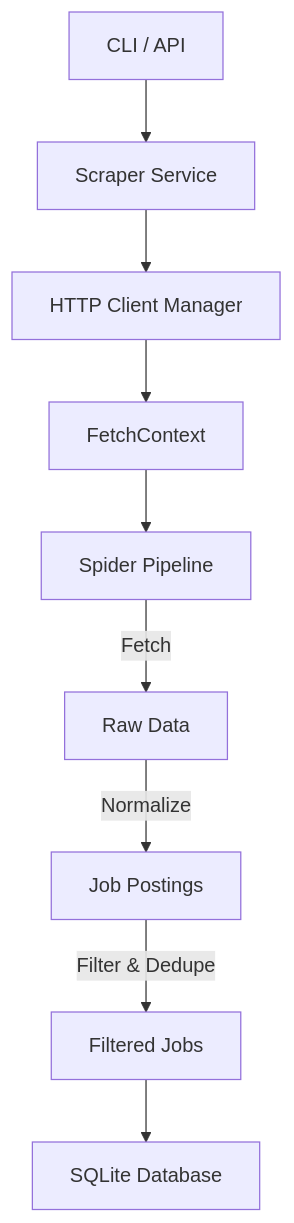
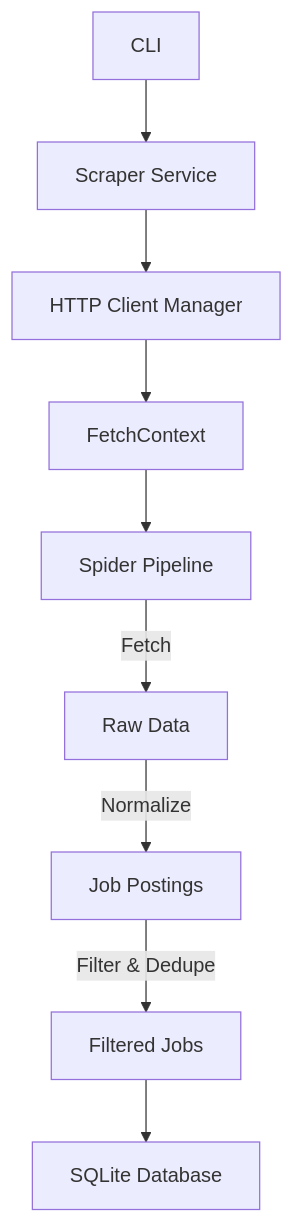
Before and after one commit to nadavzhr/arachne: the diagram in README.md, drawn with Mermaid. The commit also changed other lines of this file and 31 other files, not shown here.

````diff
--- a/README.md
+++ b/README.md
@@ -86,11 +99,11 @@
 ```mermaid
 graph TD
-    CLI[CLI / API] --> Scraper[Scraper Service]
+    CLI[CLI] --> Scraper[Scraper Service]
     Scraper --> ClientMgr[HTTP Client Manager]
     ClientMgr --> FetchCtx[FetchContext]
     FetchCtx --> Spider[Spider Pipeline]
     Spider --> |Fetch| Raw[Raw Data]
     Raw --> |Normalize| Jobs[Job Postings]
     Jobs --> |Filter & Dedupe| CleanJobs[Filtered Jobs]
     CleanJobs --> DB[SQLite Database]
 ```
````
